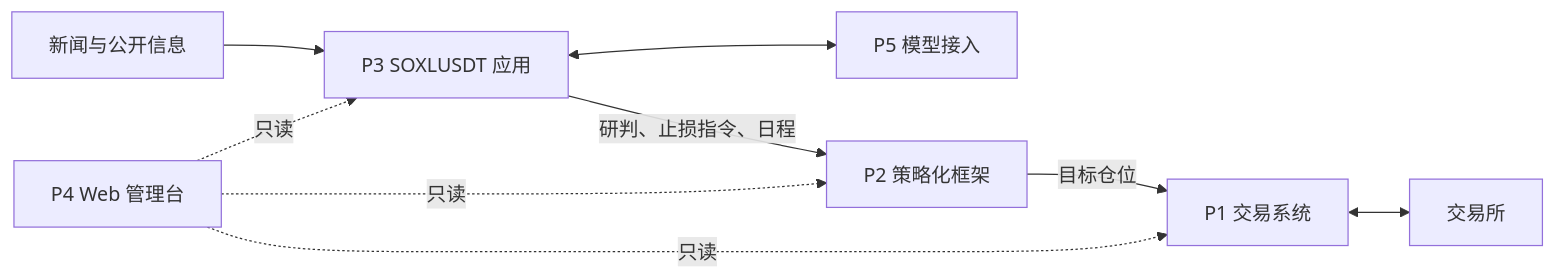
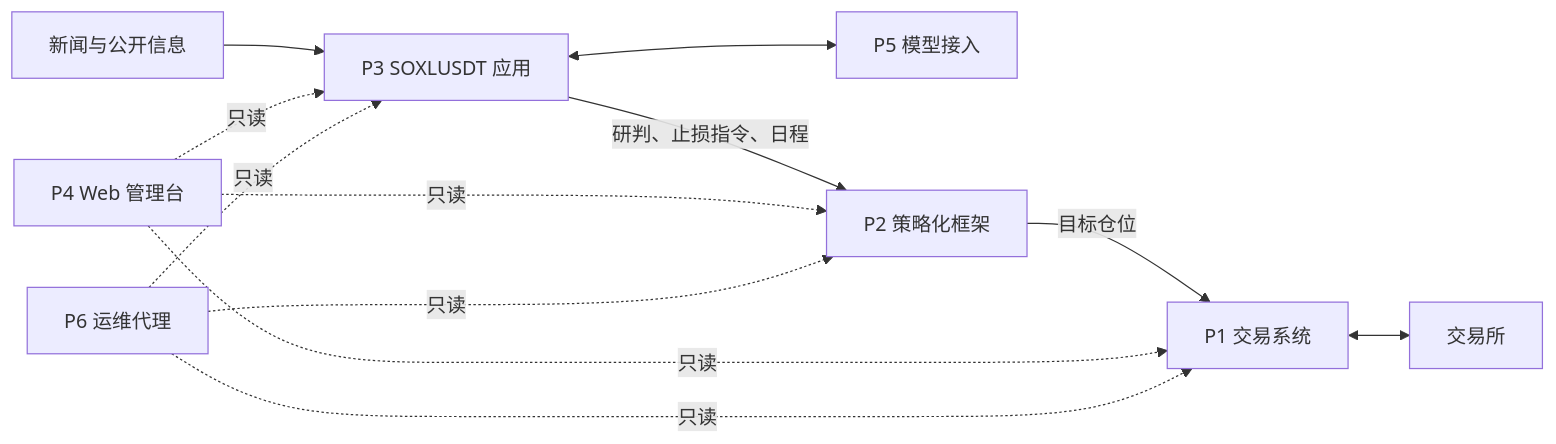
One commit to AceNanako0721/Factorforge changed the diagram in README.md. Above: the diagram before and after it, drawn with Mermaid. The commit also changed other lines of this file and 44 other files, not shown here.

````diff
--- a/README.md
+++ b/README.md
@@ -20,11 +20,14 @@
 ```mermaid
 flowchart LR
   N[新闻与公开信息] --> P3[P3 SOXLUSDT 应用]
   P3 <--> P5[P5 模型接入]
   P3 -->|研判、止损指令、日程| P2[P2 策略化框架]
   P2 -->|目标仓位| P1[P1 交易系统]
   P1 <--> X[交易所]
   P4[P4 Web 管理台] -.只读.-> P1
   P4 -.只读.-> P2
   P4 -.只读.-> P3
+  P6[P6 运维代理] -.只读.-> P1
+  P6 -.只读.-> P2
+  P6 -.只读.-> P3
 ```
````
